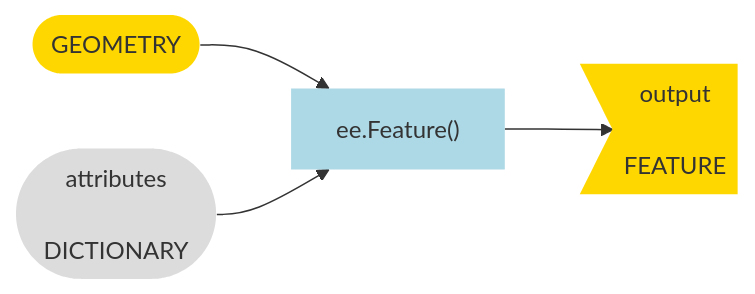
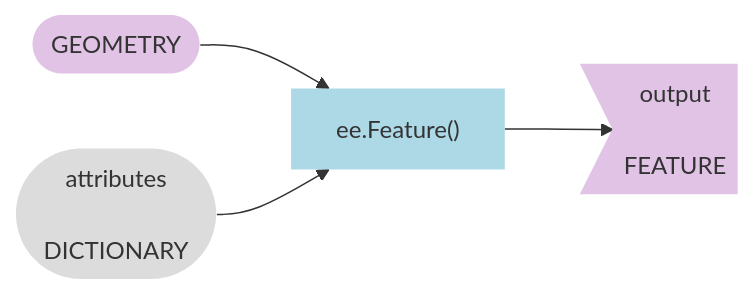
Before and after one commit to jeffhowarth/eeprimer: the second of 3 diagrams in src/rudiments/hello_feature_collection.md, drawn with Mermaid. The commit also changed other lines of this file and 5 other files, not shown here.

````diff
--- a/src/rudiments/hello_feature_collection.md
+++ b/src/rudiments/hello_feature_collection.md
@@ -110,11 +120,11 @@
 ``` mermaid
 graph LR
   method["ee.Feature()"] --> output>output\n\nFEATURE];
   arg_geom([GEOMETRY]) --> method;
   arg_att([attributes\n\nDICTIONARY]) --> method;
 
   style method fill:#ADD8E6,stroke-width:0px
-  style output fill:#FFD700,stroke-width:0px
-  style arg_geom fill:#FFD700,stroke-width:0px
+  style output fill:#E1C3E6,stroke-width:0px
+  style arg_geom fill:#E1C3E6,stroke-width:0px
   style arg_att fill:#DCDCDC,stroke-width:0px
 ```
````
